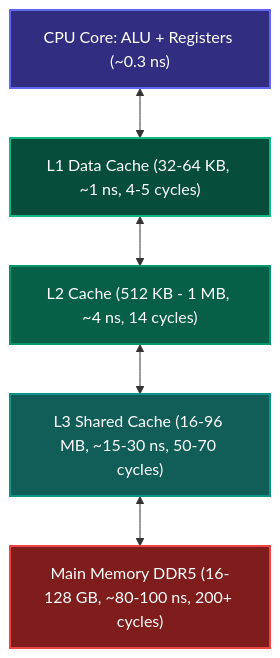
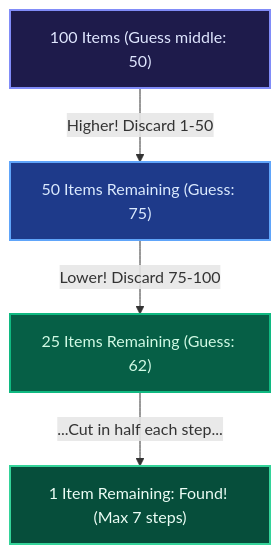
Before and after one commit to 1345AbhishekKumar/cs-cookbook: the fourth of 12 diagrams in content/docs/dsa/01-foundations-and-linear-structures/01-complexity-and-big-o-notation.mdx, drawn with Mermaid. The commit also changed other lines of this file and 211 other files, not shown here.

````diff
--- a/content/docs/dsa/01-foundations-and-linear-structures/01-complexity-and-big-o-notation.mdx
+++ b/content/docs/dsa/01-foundations-and-linear-structures/01-complexity-and-big-o-notation.mdx
@@ -205,19 +257,10 @@
 ```mermaid
 flowchart TD
-    CPU["CPU Core: ALU + Registers (~0.3 ns)"]
-    L1["L1 Data Cache (32-64 KB, ~1 ns, 4-5 cycles)"]
-    L2["L2 Cache (512 KB - 1 MB, ~4 ns, 14 cycles)"]
-    L3["L3 Shared Cache (16-96 MB, ~15-30 ns, 50-70 cycles)"]
-    DRAM["Main Memory DDR5 (16-128 GB, ~80-100 ns, 200+ cycles)"]
-
-    CPU <--> L1
-    L1 <--> L2
-    L2 <--> L3
-    L3 <--> DRAM
-
-    style CPU fill:#312e81,stroke:#6366f1,stroke-width:2px,color:#fff
-    style L1 fill:#064e3b,stroke:#10b981,stroke-width:2px,color:#fff
-    style L2 fill:#065f46,stroke:#059669,stroke-width:2px,color:#fff
-    style L3 fill:#115e59,stroke:#0d9488,stroke-width:2px,color:#fff
-    style DRAM fill:#7f1d1d,stroke:#ef4444,stroke-width:2px,color:#fff
+    N100["100 Items (Guess middle: 50)"] -->|Higher! Discard 1-50| N50["50 Items Remaining (Guess: 75)"]
+    N50 -->|Lower! Discard 75-100| N25["25 Items Remaining (Guess: 62)"]
+    N25 -->|...Cut in half each step...| N1["1 Item Remaining: Found! (Max 7 steps)"]
+    style N100 fill:#1e1b4b,stroke:#818cf8,stroke-width:2px,color:#e0e7ff
+    style N50 fill:#1e3a8a,stroke:#60a5fa,stroke-width:2px,color:#dbeafe
+    style N25 fill:#065f46,stroke:#10b981,stroke-width:2px,color:#d1fae5
+    style N1 fill:#064e3b,stroke:#34d399,stroke-width:2px,color:#ecfdf5
 ```
````
